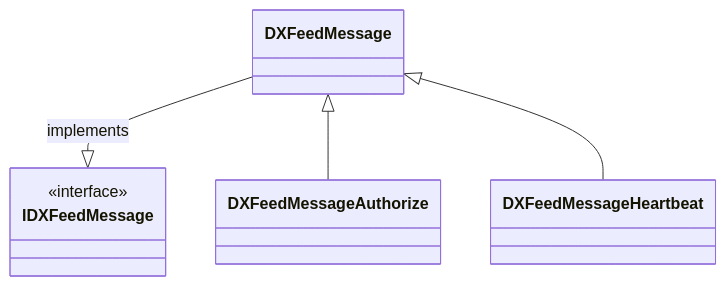
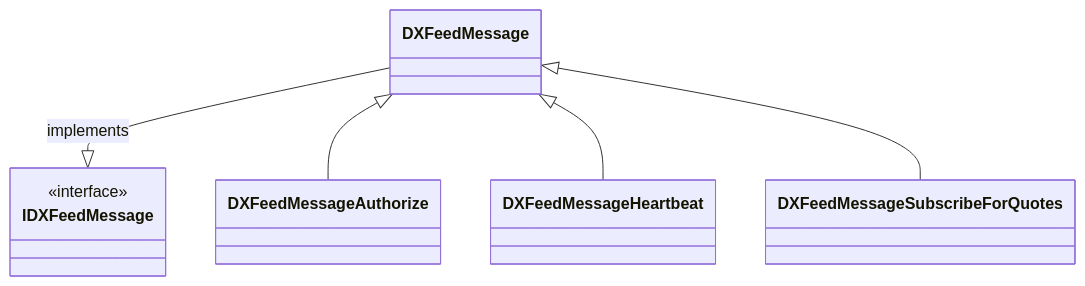
Before and after one commit to nikolaygekht/DXFeed.Net: the first of 3 diagrams in Doc/Details/dxfeedmessage.md, drawn with Mermaid. The commit also changed other lines of this file and 1 other file, not shown here.

Commit message:
- add documentation for quotes

````diff
--- a/Doc/Details/dxfeedmessage.md
+++ b/Doc/Details/dxfeedmessage.md
@@ -7,17 +7,18 @@
 ```mermaid
 classDiagram
 
 class IDXFeedMessage
 <<interface>> IDXFeedMessage
 
 class DXFeedMessage
 
 class DXFeedMessageAuthorize
 
 class DXFeedMessageHeartbeat
 
 DXFeedMessage --|> IDXFeedMessage : implements
 
 DXFeedMessage <|-- DXFeedMessageAuthorize
 DXFeedMessage <|-- DXFeedMessageHeartbeat
+DXFeedMessage <|-- DXFeedMessageSubscribeForQuotes
 ```
````
